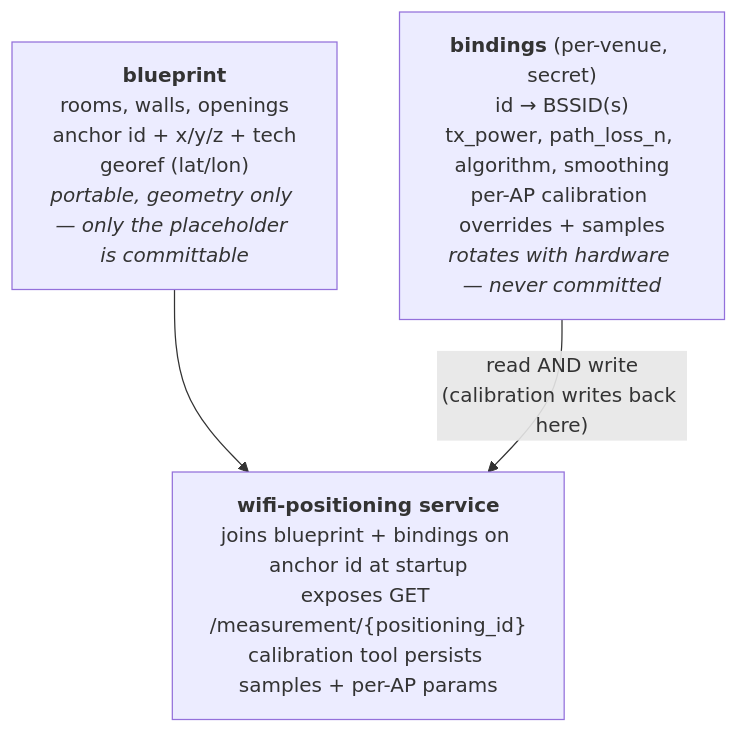
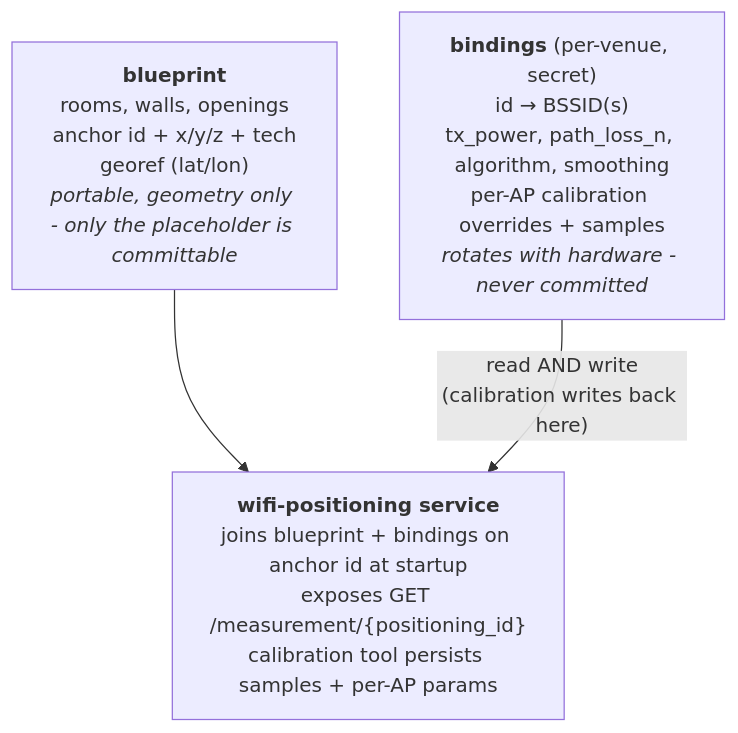
One commit to Jacobbista/5g-northbound changed the first of 3 diagrams in docs/blueprint-vs-bindings.md. Above: the diagram before and after it, drawn with Mermaid. The commit also changed other lines of this file and 21 other files, not shown here.

````diff
--- a/docs/blueprint-vs-bindings.md
+++ b/docs/blueprint-vs-bindings.md
@@ -9,8 +9,8 @@
 ```mermaid
 flowchart TD
-    BP["<b>blueprint</b><br/>rooms, walls, openings<br/>anchor id + x/y/z + tech<br/>georef (lat/lon)<br/><i>portable, geometry only — only the placeholder is committable</i>"]
-    BN["<b>bindings</b> (per-venue, secret)<br/>id → BSSID(s)<br/>tx_power, path_loss_n, algorithm, smoothing<br/>per-AP calibration overrides + samples<br/><i>rotates with hardware — never committed</i>"]
+    BP["<b>blueprint</b><br/>rooms, walls, openings<br/>anchor id + x/y/z + tech<br/>georef (lat/lon)<br/><i>portable, geometry only - only the placeholder is committable</i>"]
+    BN["<b>bindings</b> (per-venue, secret)<br/>id → BSSID(s)<br/>tx_power, path_loss_n, algorithm, smoothing<br/>per-AP calibration overrides + samples<br/><i>rotates with hardware - never committed</i>"]
     WIFI["<b>wifi-positioning service</b><br/>joins blueprint + bindings on anchor id at startup<br/>exposes GET /measurement/{positioning_id}<br/>calibration tool persists samples + per-AP params"]
     BP --> WIFI
     BN -->|"read AND write<br/>(calibration writes back here)"| WIFI
 ```
````
